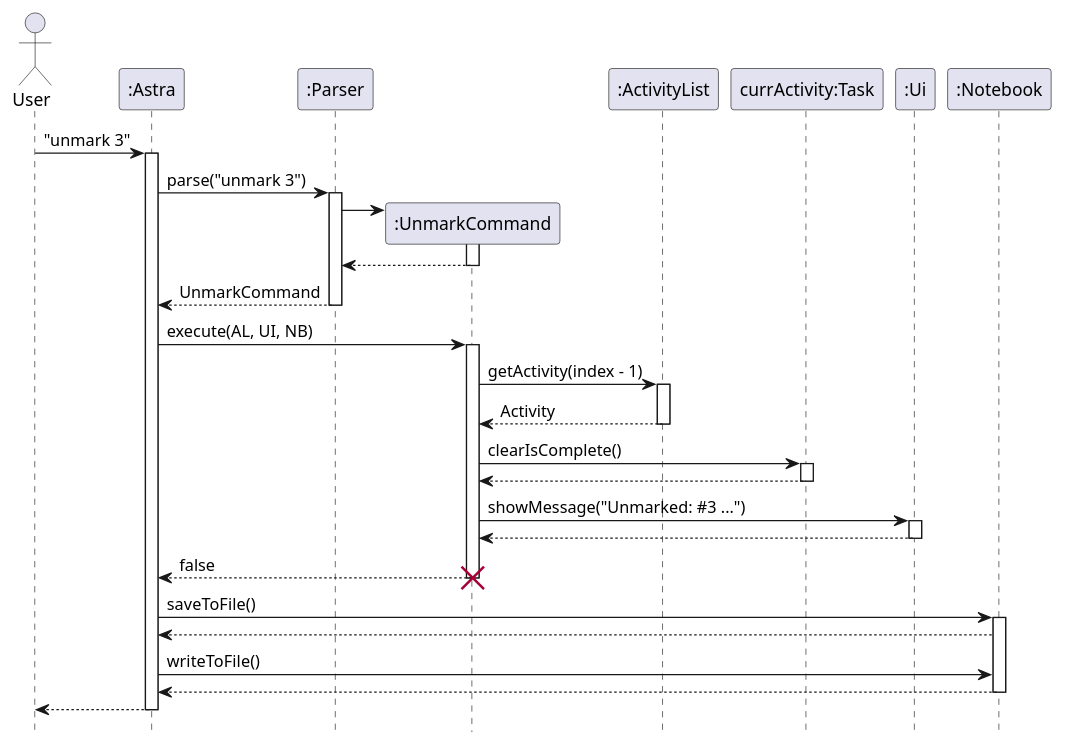
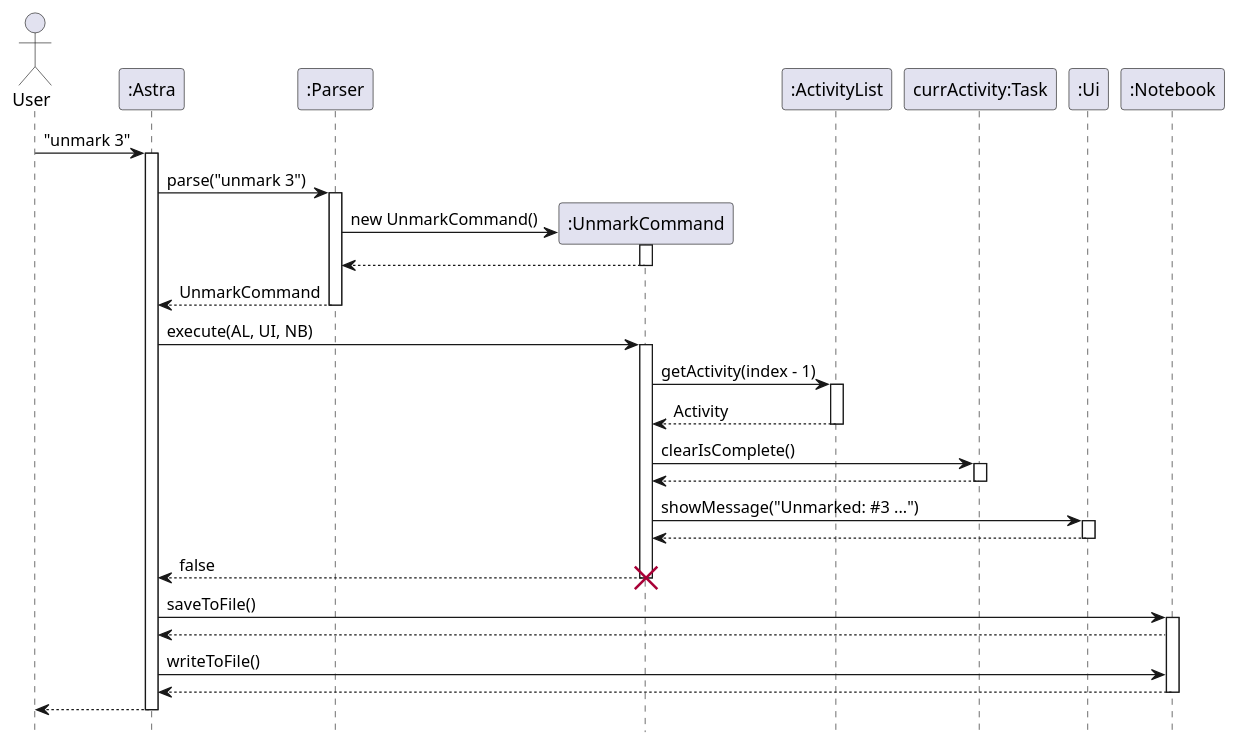
Before and after one commit to Kennahh/tp: the diagram in docs/diagrams/unmark Command.puml, drawn with PlantUML. The commit also changed 16 other files, not shown here.

```diff
--- a/docs/diagrams/unmark Command.puml
+++ b/docs/diagrams/unmark Command.puml
@@ -1,67 +1,67 @@
 @startuml
 'https://plantuml.com/sequence-diagram
 hide footbox
 actor User
 participant ":Astra" as Astra
 participant ":Parser" as Parser
 participant ":UnmarkCommand" as UnmarkCommand
 participant ":ActivityList" as ActivityList
 participant "currActivity:Task" as Task
 participant ":Ui" as Ui
 participant ":Notebook" as Notebook
 
 ' Step 1: User input is parsed
 User -> Astra : "unmark 3"
 activate Astra
 Astra -> Parser: parse("unmark 3")
 activate Parser
 
 ' Parser creates UnmarkCommand
 create UnmarkCommand
-Parser -> UnmarkCommand
+Parser -> UnmarkCommand : new UnmarkCommand()
 activate UnmarkCommand
 UnmarkCommand --> Parser
 deactivate UnmarkCommand
 
 ' Parser returns command to user
 Parser --> Astra : UnmarkCommand
 deactivate Parser
 
 ' Step 2: User executes the command
 Astra -> UnmarkCommand : execute(AL, UI, NB)
 activate UnmarkCommand
 
 ' Get activity from the list
 UnmarkCommand -> ActivityList : getActivity(index - 1)
 activate ActivityList
 ActivityList --> UnmarkCommand : Activity
 deactivate ActivityList
 
 ' Check if it is a Task and unmark it
 UnmarkCommand -> Task : clearIsComplete()
 activate Task
 Task --> UnmarkCommand
 deactivate Task
 
 ' Show confirmation message
 UnmarkCommand -> Ui : showMessage("Unmarked: #3 ...")
 activate Ui
 Ui --> UnmarkCommand
 deactivate Ui
 
 ' Save to file (optional)
 
 ' Return false to User
 return false
 deactivate UnmarkCommand
 destroy UnmarkCommand
 Astra -> Notebook : saveToFile()
 activate Notebook
 Notebook --> Astra
 Astra -> Notebook : writeToFile()
 return
 deactivate Notebook
 Astra --> User
 deactivate Astra
 
 @enduml
```
